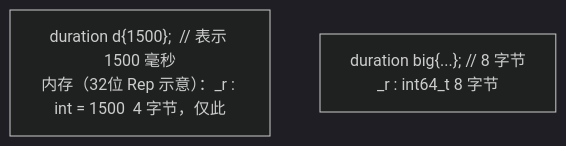
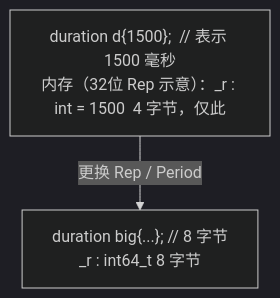
The fourth of 8 diagrams in Book/part07_stl/ch92_chrono.md (LiaoRanran/CPP-Bible), drawn with Mermaid (dark theme) before and after one commit. The commit also changed other lines of this file and 120 other files, not shown here.

First line of the commit message:
content: 全库章节内容批改（120 章 + 空白清理 + ch92 Mermaid 修复）

````diff
--- a/Book/part07_stl/ch92_chrono.md
+++ b/Book/part07_stl/ch92_chrono.md
@@ -147,6 +147,7 @@
 ```mermaid
 flowchart TD
     %% 注：省略部分细节（无 vptr、无堆指针、无单位字段——单位在类型里！）
     A["duration<int, std::milli> d{1500};  // 表示 1500 毫秒<br/>内存（32位 Rep 示意）：_r : int = 1500  4 字节，仅此"]
     B["duration<long long, std::nano> big{...};  // 8 字节<br/>_r : int64_t  8 字节"]
+    A -->|"更换 Rep / Period"| B
 ```
````
